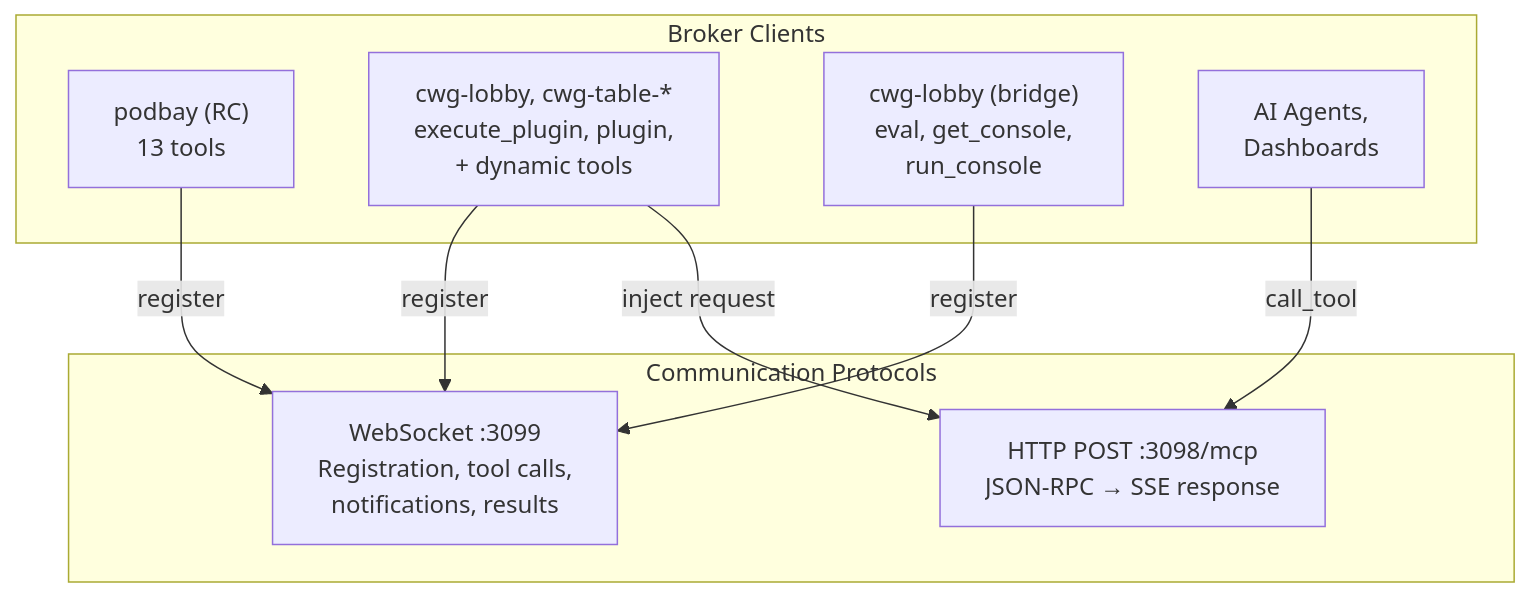
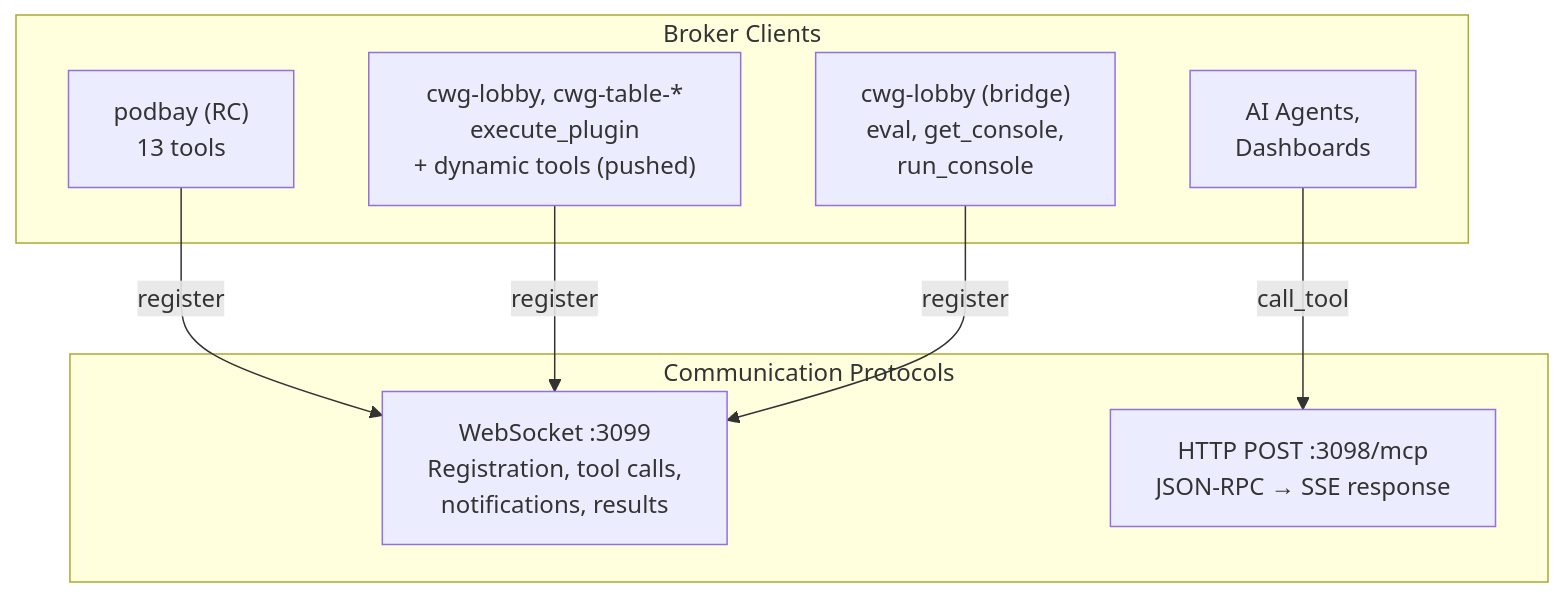
One commit to jerroldneal/podbay changed the seventh of 17 diagrams in ARCHITECTURE.md. Above: the diagram before and after it, drawn with Mermaid. The commit also changed other lines of this file and 2 other files, not shown here.

First line of the commit message:
docs: update README and ARCHITECTURE for bootstrap refactor

````diff
--- a/ARCHITECTURE.md
+++ b/ARCHITECTURE.md
@@ -289,20 +299,19 @@
 ```mermaid
 flowchart TB
     subgraph Protocols["Communication Protocols"]
         WS["WebSocket :3099<br/>Registration, tool calls,<br/>notifications, results"]
         HTTP["HTTP POST :3098/mcp<br/>JSON-RPC → SSE response"]
     end
 
     subgraph Clients["Broker Clients"]
         PodBayRC["podbay (RC)<br/>13 tools"]
-        SysPlugin["cwg-lobby, cwg-table-*<br/>execute_plugin, plugin,<br/>+ dynamic tools"]
+        Bootstrap["cwg-lobby, cwg-table-*<br/>execute_plugin<br/>+ dynamic tools (pushed)"]
         ConsoleBridge["cwg-lobby (bridge)<br/>eval, get_console,<br/>run_console"]
         External["AI Agents,<br/>Dashboards"]
     end
 
     PodBayRC -- "register" --> WS
-    SysPlugin -- "register" --> WS
+    Bootstrap -- "register" --> WS
     ConsoleBridge -- "register" --> WS
     External -- "call_tool" --> HTTP
-    SysPlugin -- "inject request" --> HTTP
 ```
````
